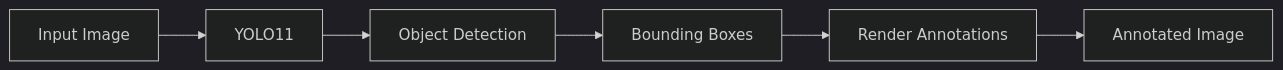
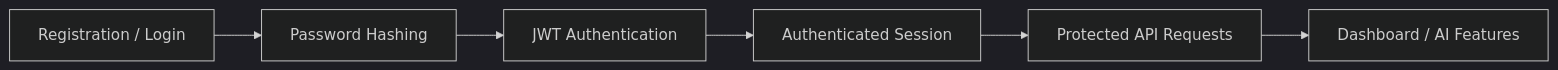
Before and after one commit to Debankumardas/AI-Visual-Intelligence-API: the fifth of 6 diagrams in README.md, drawn with Mermaid (dark theme). The commit also changed other lines of this file, not shown here.

````diff
--- a/README.md
+++ b/README.md
@@ -351,9 +327,14 @@
 ```mermaid
 flowchart LR
 
-    A[Input Image] --> B[YOLO11]
-    B --> C[Object Detection]
-    C --> D[Bounding Boxes]
-    D --> E[Render Annotations]
-    E --> F[Annotated Image]
+    A[Registration / Login]
+        --> B[Password Hashing]
+
+    B --> C[JWT Authentication]
+
+    C --> D[Authenticated Session]
+
+    D --> E[Protected API Requests]
+
+    E --> F[Dashboard / AI Features]
 ```
````
